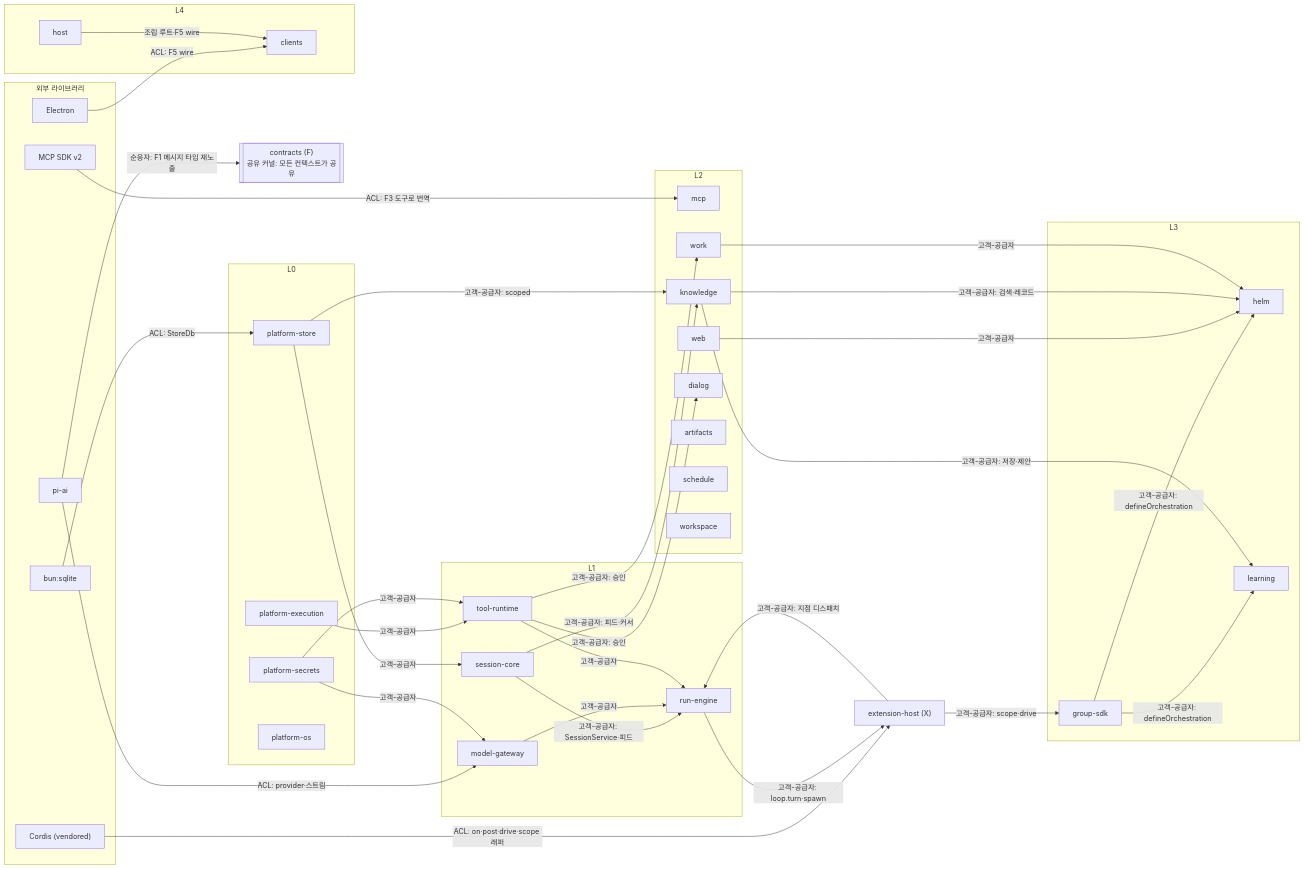
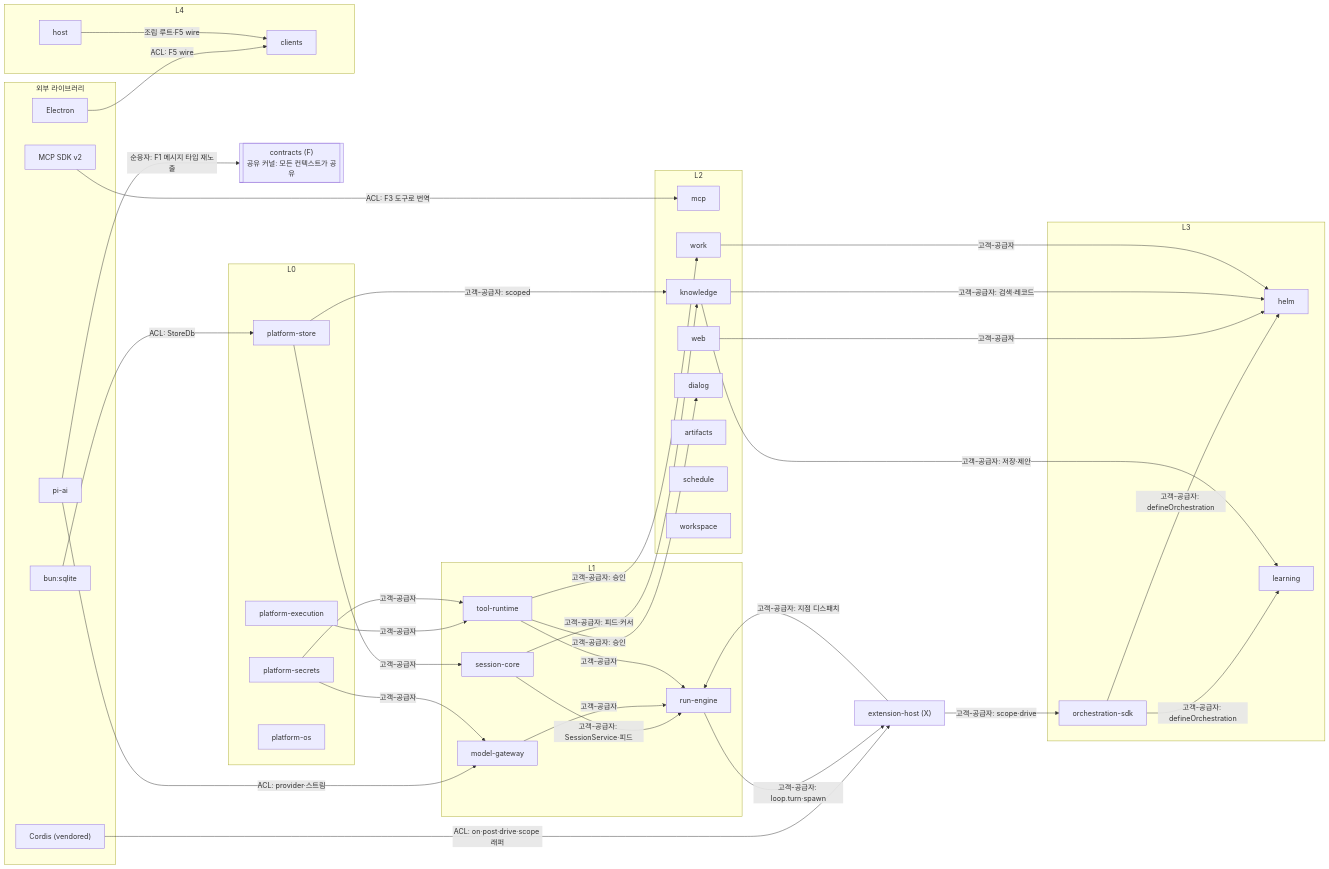
One commit to Rengod95/Helm-Agent_Docs_OS changed the first of 2 diagrams in docs/xeon/engineering/context-map/design.md. Above: the diagram before and after it, drawn with Mermaid. The commit also changed other lines of this file and 538 other files, not shown here.

First line of the commit message:
fresnel(group): 패키지와 폴더 이름을 바꾼다: group-sdk → orchestration-sdk, group-<이름> → plugin-<이름>, 템플릿 @fresnel/plugin-__ID__ (AGE-33)

````diff
--- a/docs/xeon/engineering/context-map/design.md
+++ b/docs/xeon/engineering/context-map/design.md
@@ -87,72 +87,72 @@
 ```mermaid
 flowchart LR
   subgraph EXTLIB["외부 라이브러리"]
     PIAI["pi-ai"]
     MCPSDK["MCP SDK v2"]
     ELECTRON["Electron"]
     CORDIS["Cordis (vendored)"]
     SQLITE["bun:sqlite"]
   end
   F[["contracts (F)<br/>공유 커널: 모든 컨텍스트가 공유"]]
   subgraph L0["L0"]
     ST["platform-store"]
     PX["platform-execution"]
     SE["platform-secrets"]
     OS["platform-os"]
   end
   XH["extension-host (X)"]
   subgraph L1["L1"]
     SC["session-core"]
     RE["run-engine"]
     MG["model-gateway"]
     TR["tool-runtime"]
   end
   subgraph L2["L2"]
     MCP["mcp"]
     WEB["web"]
     KN["knowledge"]
     WK["work"]
     DL["dialog"]
     AR["artifacts"]
     SH["schedule"]
     WS["workspace"]
   end
   subgraph L3["L3"]
-    GK["group-sdk"]
+    GK["orchestration-sdk"]
     HE["helm"]
     LE["learning"]
   end
   subgraph L4["L4"]
     CL["clients"]
     HO["host"]
   end
 
   SQLITE -->|"ACL: StoreDb"| ST
   CORDIS -->|"ACL: on·post·drive·scope 래퍼"| XH
   PIAI -->|"순응자: F1 메시지 타입 재노출"| F
   PIAI -->|"ACL: provider·스트림"| MG
   MCPSDK -->|"ACL: F3 도구로 번역"| MCP
   ELECTRON -->|"ACL: F5 wire"| CL
 
   ST -->|"고객-공급자"| SC
   ST -->|"고객-공급자: scoped"| KN
   PX -->|"고객-공급자"| TR
   SE -->|"고객-공급자"| TR
   SE -->|"고객-공급자"| MG
   SC -->|"고객-공급자: SessionService·피드"| RE
   SC -->|"고객-공급자: 피드·커서"| KN
   MG -->|"고객-공급자"| RE
   TR -->|"고객-공급자"| RE
   XH -->|"고객-공급자: 지점 디스패치"| RE
   RE -->|"고객-공급자: loop.turn·spawn"| XH
   TR -->|"고객-공급자: 승인"| DL
   TR -->|"고객-공급자: 승인"| WK
   XH -->|"고객-공급자: scope·drive"| GK
   GK -->|"고객-공급자: defineOrchestration"| HE
   GK -->|"고객-공급자: defineOrchestration"| LE
   WEB -->|"고객-공급자"| HE
   KN -->|"고객-공급자: 검색·레코드"| HE
   KN -->|"고객-공급자: 저장·제안"| LE
   WK -->|"고객-공급자"| HE
   HO -->|"조립 루트·F5 wire"| CL
 ```
````
